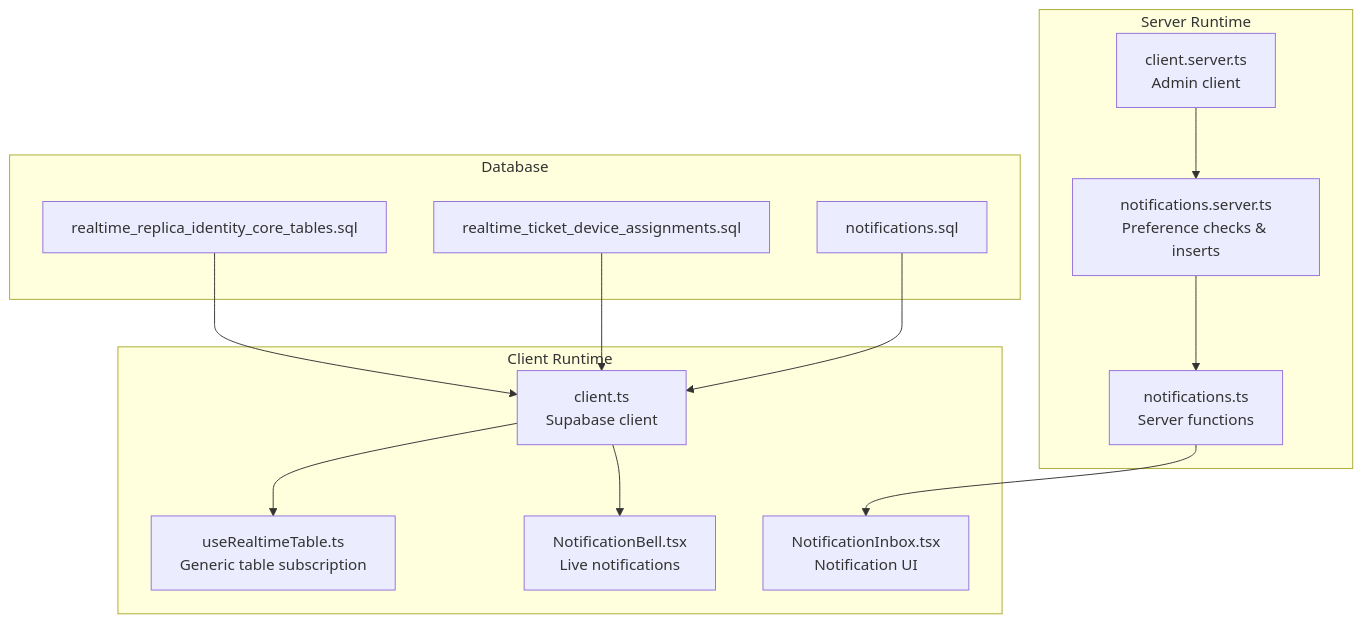
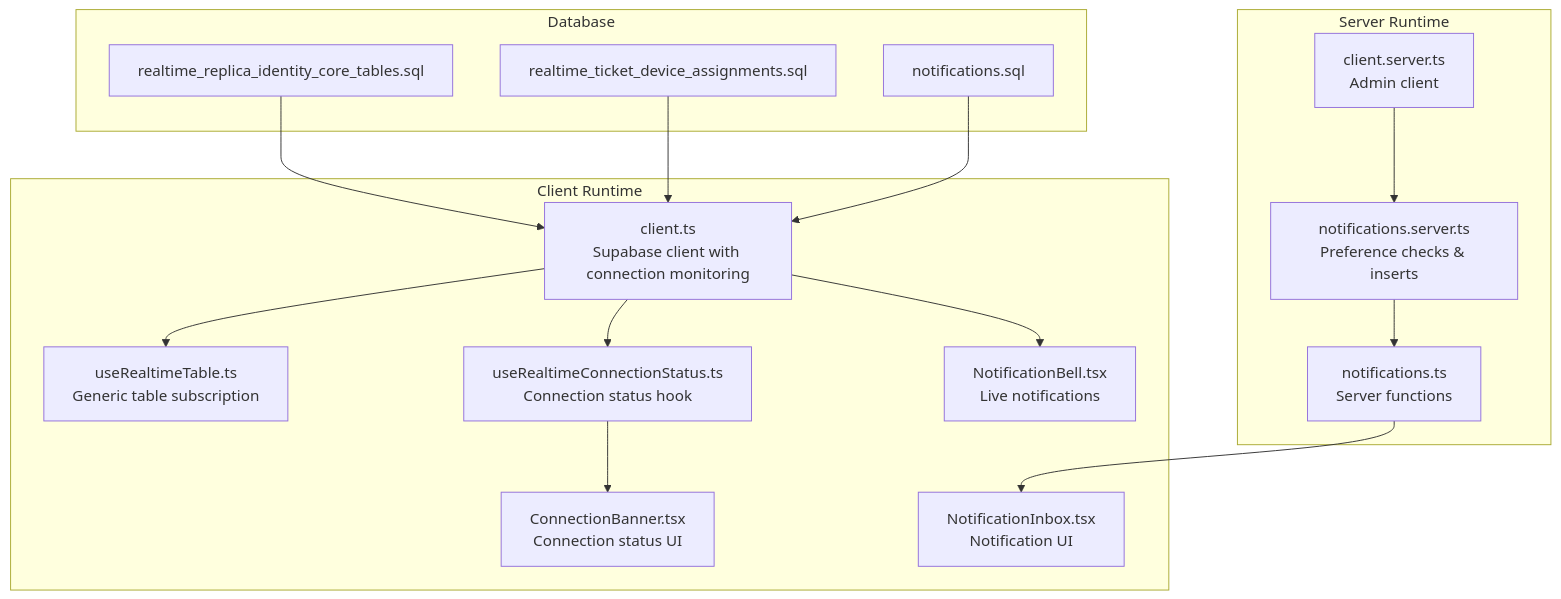
The first of 11 diagrams in .qoder/repowiki/en/content/Real-time Features/Real-time Features.md (gastaldellomarco/pcReady), drawn with Mermaid before and after one commit. The commit also changed other lines of this file and 15 other files, not shown here.

````diff
--- a/.qoder/repowiki/en/content/Real-time Features/Real-time Features.md
+++ b/.qoder/repowiki/en/content/Real-time Features/Real-time Features.md
@@ -39,27 +51,31 @@
 ```mermaid
 graph TB
 subgraph "Database"
 M1["realtime_replica_identity_core_tables.sql"]
 M2["realtime_ticket_device_assignments.sql"]
 M3["notifications.sql"]
 end
 subgraph "Client Runtime"
-C1["client.ts<br/>Supabase client"]
+C1["client.ts<br/>Supabase client with connection monitoring"]
 H1["useRealtimeTable.ts<br/>Generic table subscription"]
-U1["NotificationBell.tsx<br/>Live notifications"]
+H2["useRealtimeConnectionStatus.ts<br/>Connection status hook"]
+U1["ConnectionBanner.tsx<br/>Connection status UI"]
+U2["NotificationBell.tsx<br/>Live notifications"]
 UI1["NotificationInbox.tsx<br/>Notification UI"]
 end
 subgraph "Server Runtime"
 S1["client.server.ts<br/>Admin client"]
 N1["notifications.server.ts<br/>Preference checks & inserts"]
 N2["notifications.ts<br/>Server functions"]
 end
 M1 --> C1
 M2 --> C1
 M3 --> C1
 C1 --> H1
-C1 --> U1
+C1 --> H2
+H2 --> U1
+C1 --> U2
 S1 --> N1
 N1 --> N2
 N2 --> UI1
 ```
````
